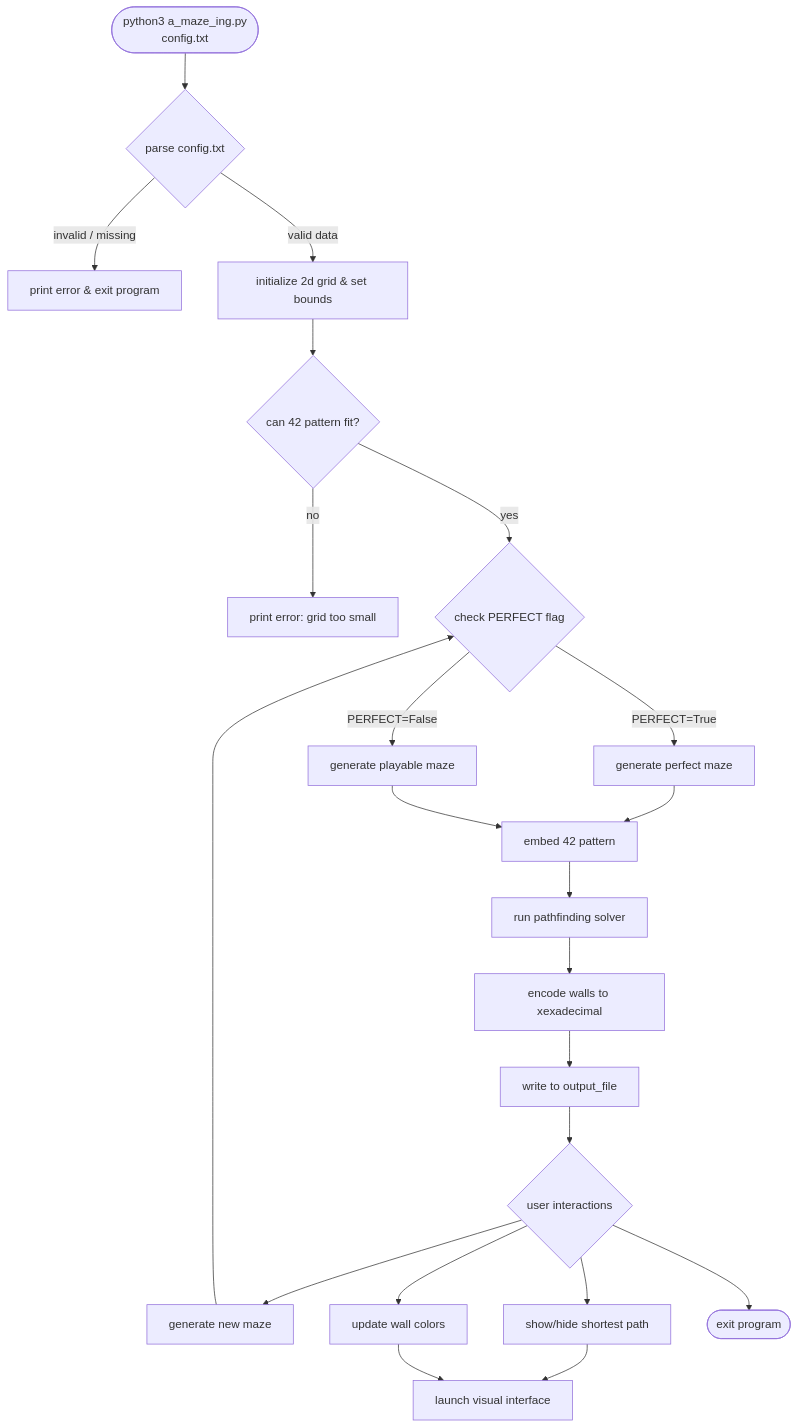
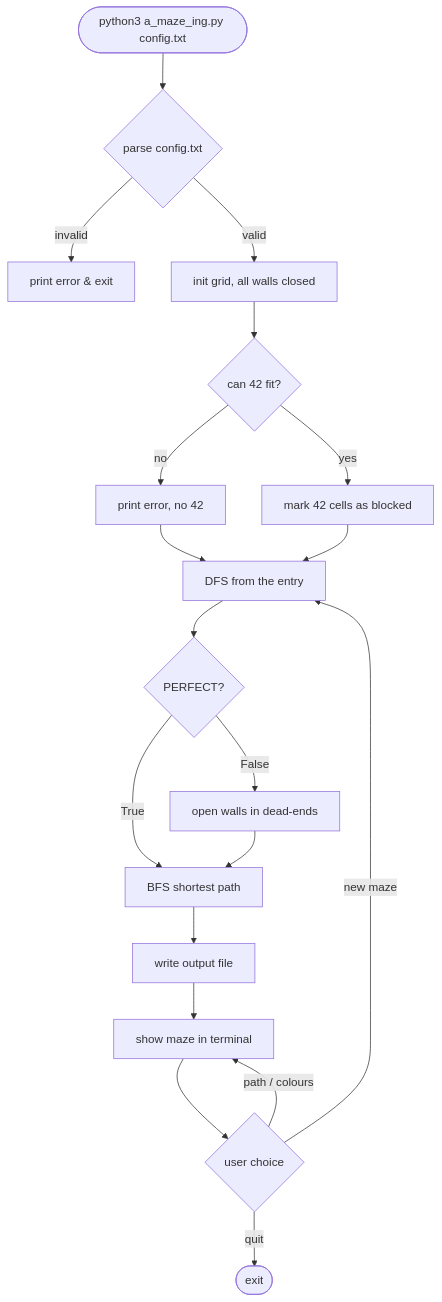
The diagram in README.md (yanard18/ft_a-maze-ing), drawn with Mermaid before and after one commit. The commit also changed other lines of this file and 8 other files, not shown here.

````diff
--- a/README.md
+++ b/README.md
@@ -1,59 +171,32 @@
 ```mermaid
 flowchart TD
-    Start([python3 a_maze_ing.py<br>config.txt])
+    Start([python3 a_maze_ing.py config.txt])
     Parser{parse config.txt}
-    Error1[print error & exit program]
-    GridInit[initialize 2d grid & set bounds]
-    Check42{can 42 pattern fit?}
-    Error2[print error: grid too small]
-    GenMode{check PERFECT flag}
-    PerfMaze[generate perfect maze]
-    PlayMaze[generate playable maze]
-    Embed42[embed 42 pattern]
-    Solver[run pathfinding solver]
-    HexEncode[encode walls to xexadecimal]
-    WriteFile[write to output_file]
-    VisualRender[launch visual interface]
-    Interaction{user interactions}
-    ReGen[generate new maze]
-    VisPath[show/hide shortest path]
-    VisColor[update wall colors]
-    EndNode([exit program])
+    Error1[print error & exit]
+    GridInit[init grid, all walls closed]
+    Check42{can 42 fit?}
+    Error2[print error, no 42]
+    Embed42[mark 42 cells as blocked]
+    DFS[DFS from the entry]
+    GenMode{PERFECT?}
+    Braid[open walls in dead-ends]
+    Solver[BFS shortest path]
+    WriteFile[write output file]
+    Display[show maze in terminal]
+    Interaction{user choice}
+    EndNode([exit])
 
     Start --> Parser
-    
-    Parser -->|invalid / missing| Error1
-    Parser -->|valid data| GridInit
-    
+    Parser -->|invalid| Error1
+    Parser -->|valid| GridInit
     GridInit --> Check42
-    
-    Check42 -->|no| Error2
-    Check42 -->|yes| GenMode
-    
-    GenMode -->|PERFECT=True| PerfMaze
-    GenMode -->|PERFECT=False| PlayMaze
-    
-    PerfMaze --> Embed42
-    PlayMaze --> Embed42
-    
-    Embed42 --> Solver
-    Solver --> HexEncode
-    HexEncode --> WriteFile
-    WriteFile --> Interaction
-    
-    Interaction --> ReGen
-    ReGen --> GenMode
-    
-    Interaction --> VisPath
-    VisPath --> VisualRender
-    
-    Interaction --> VisColor
-    VisColor --> VisualRender
-    
-    Interaction --> EndNode
-
-    class Start,EndNode startEnd;
-    class Error1,Error2 errorNode;
-    class GridInit,PerfMaze,PlayMaze,Embed42,Solver,HexEncode,WriteFile,VisualRender,ReGen,VisPath,VisColor processNode;
-    class Parser,Check42,GenMode,Interaction decisionNode;
+    Check42 -->|no| Error2 --> DFS
+    Check42 -->|yes| Embed42 --> DFS
+    DFS --> GenMode
+    GenMode -->|True| Solver
+    GenMode -->|False| Braid --> Solver
+    Solver --> WriteFile --> Display --> Interaction
+    Interaction -->|new maze| DFS
+    Interaction -->|path / colours| Display
+    Interaction -->|quit| EndNode
 ```
````
